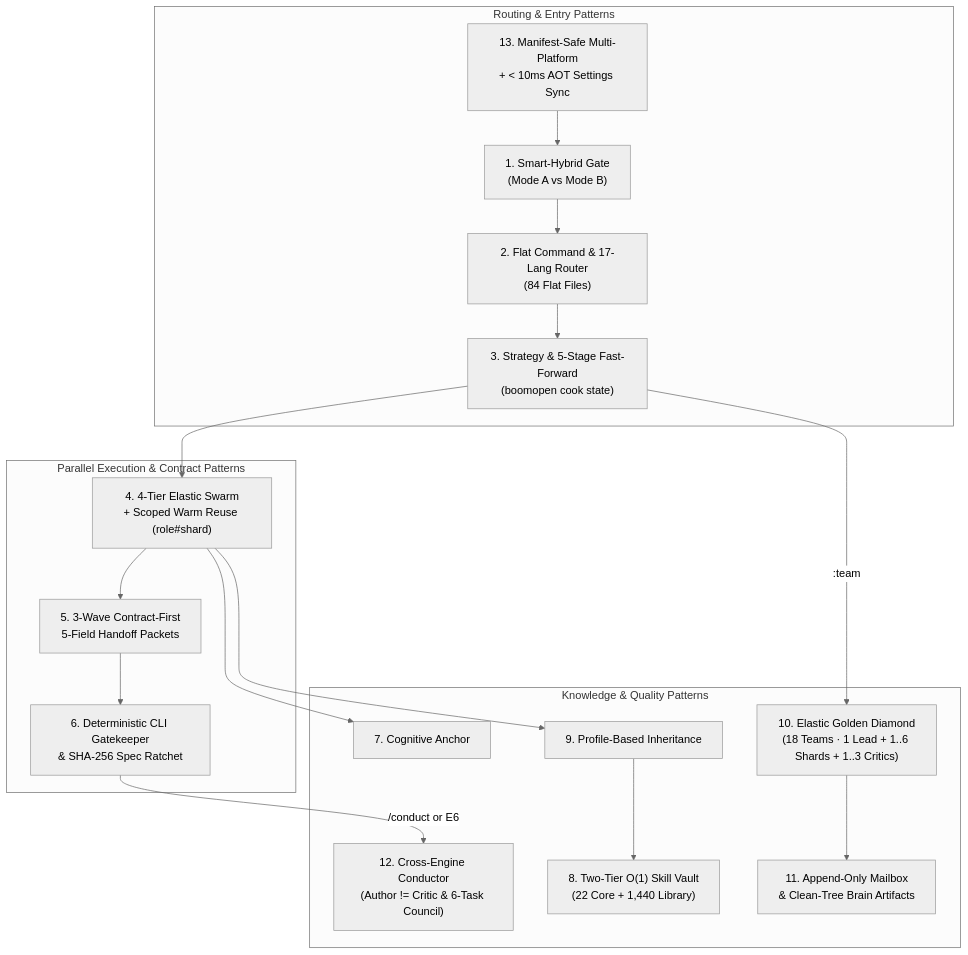
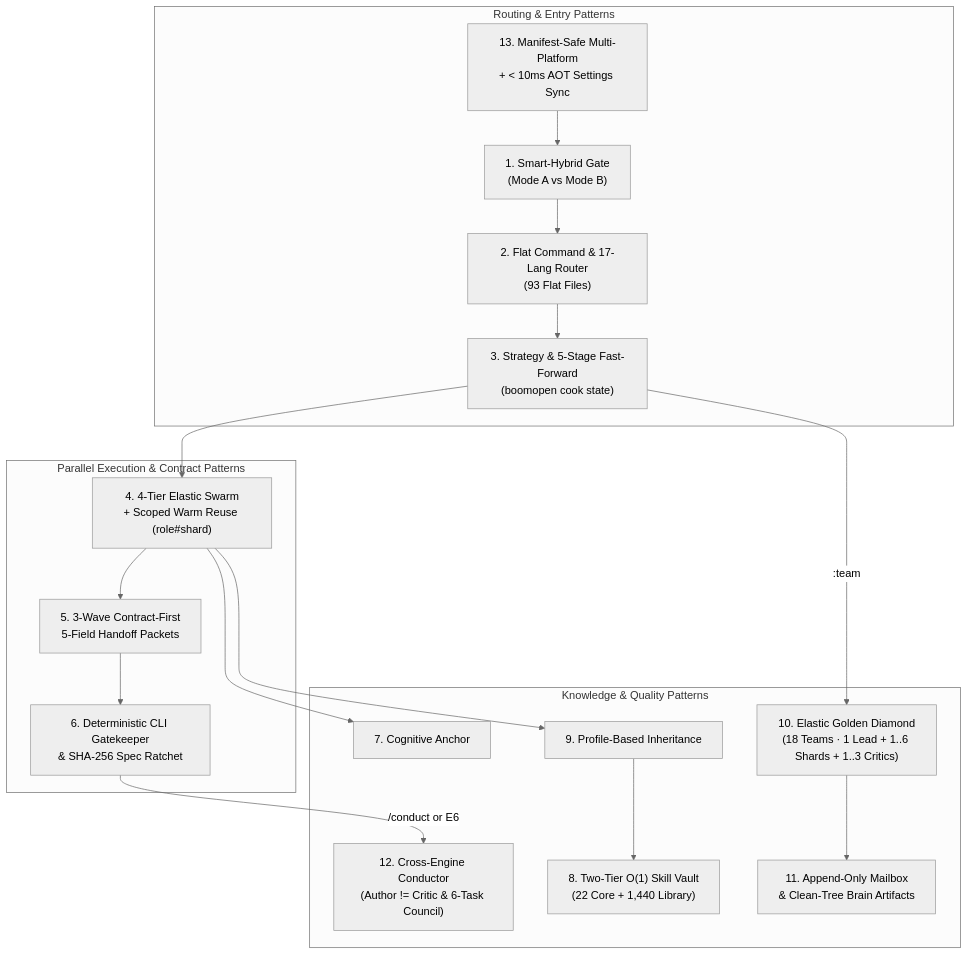
The diagram in documents/knowledge-architecture/04-design-patterns.md (Kennyboom/BoomOpen-Workflow-Kit-Pro), drawn with Mermaid (neutral theme) before and after one commit. The commit also changed other lines of this file and 99 other files, not shown here.

````diff
--- a/documents/knowledge-architecture/04-design-patterns.md
+++ b/documents/knowledge-architecture/04-design-patterns.md
@@ -32,31 +32,31 @@
 ```mermaid
 graph TD
     subgraph "Routing & Entry Patterns"
         P1["1. Smart-Hybrid Gate<br/>(Mode A vs Mode B)"]
-        P2["2. Flat Command & 17-Lang Router<br/>(84 Flat Files)"]
+        P2["2. Flat Command & 17-Lang Router<br/>(93 Flat Files)"]
         P3["3. Strategy & 5-Stage Fast-Forward<br/>(boomopen cook state)"]
         P13["13. Manifest-Safe Multi-Platform<br/>+ < 10ms AOT Settings Sync"]
     end
 
     subgraph "Parallel Execution & Contract Patterns"
         P4["4. 4-Tier Elastic Swarm<br/>+ Scoped Warm Reuse (role#shard)"]
         P5["5. 3-Wave Contract-First<br/>5-Field Handoff Packets"]
         P6["6. Deterministic CLI Gatekeeper<br/>& SHA-256 Spec Ratchet"]
     end
 
     subgraph "Knowledge & Quality Patterns"
         P7["7. Cognitive Anchor"]
         P8["8. Two-Tier O(1) Skill Vault<br/>(22 Core + 1,440 Library)"]
         P9["9. Profile-Based Inheritance"]
         P10["10. Elastic Golden Diamond<br/>(18 Teams · 1 Lead + 1..6 Shards + 1..3 Critics)"]
         P11["11. Append-Only Mailbox<br/>& Clean-Tree Brain Artifacts"]
         P12["12. Cross-Engine Conductor<br/>(Author != Critic & 6-Task Council)"]
     end
 
     P13 --> P1 --> P2 --> P3 --> P4
     P4 --> P5 --> P6
     P4 --> P7 & P9
     P9 --> P8
     P3 -->|":team"| P10 --> P11
     P6 -->|"/conduct or E6"| P12
 ```
````
